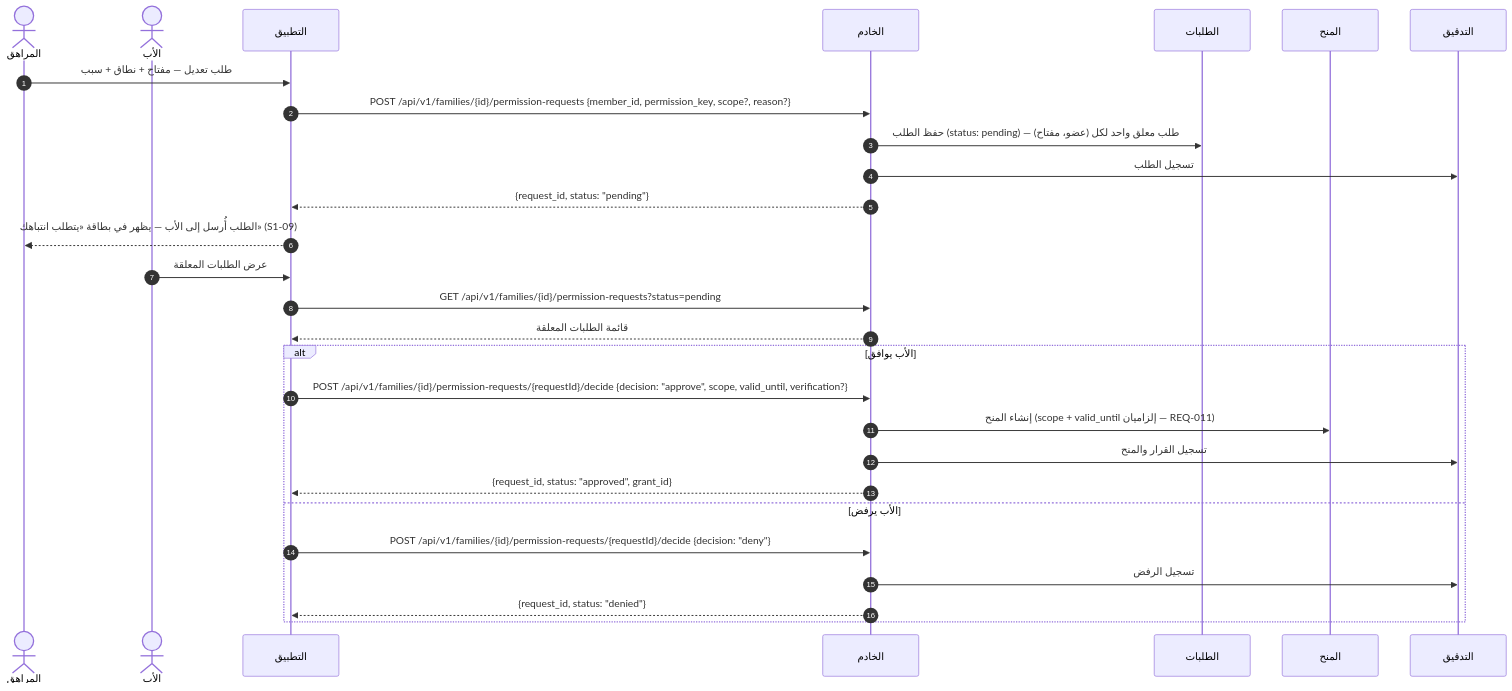
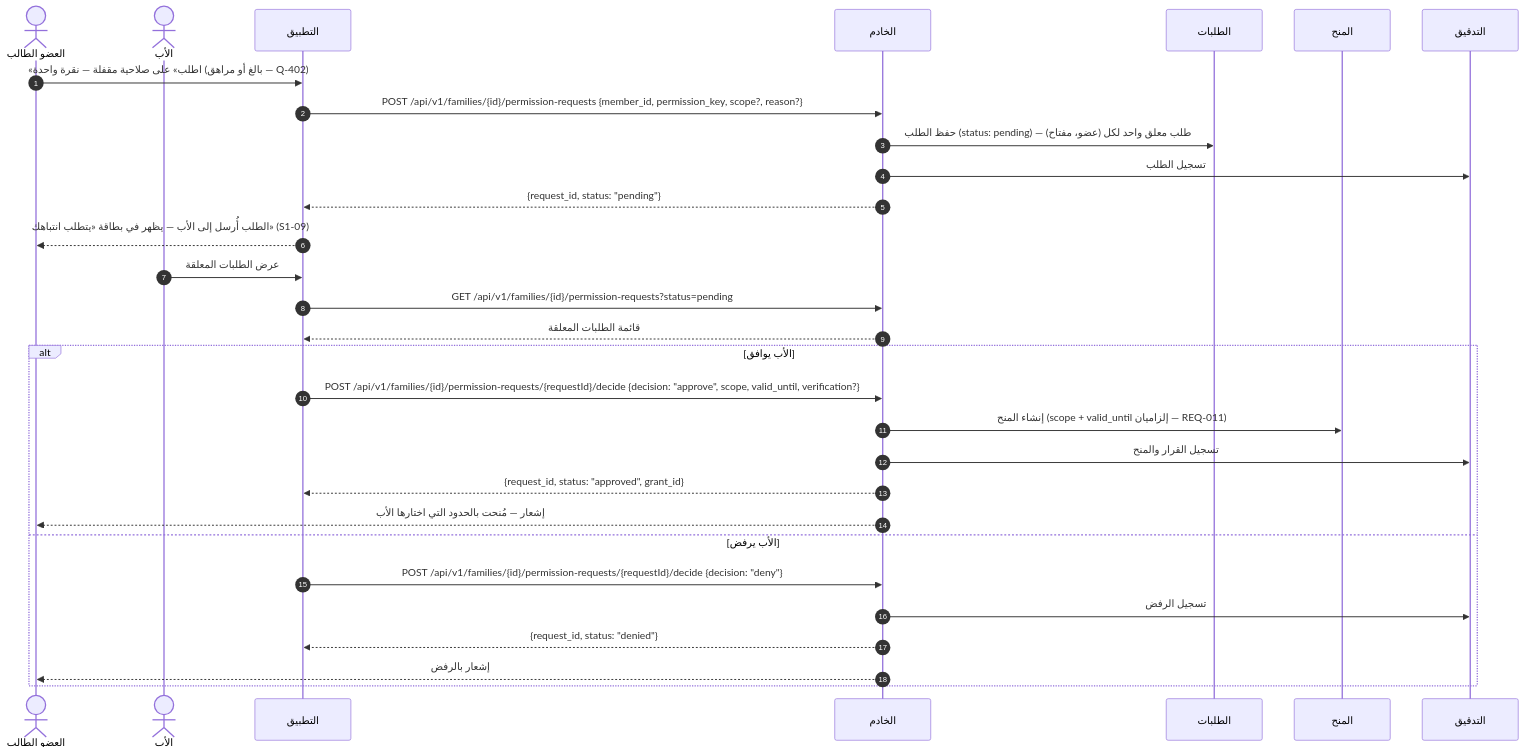
One commit to Bassam-mohammed-alqaeadi/family-os-v2 changed diagram 12 of 18 in docs/family-os/governance/phases/phase-1/S1-03-family-roles-and-permissions/DIAGRAMS.md. Above: the diagram before and after it, drawn with Mermaid. The commit also changed other lines of this file and 13 other files, not shown here.

````diff
--- a/docs/family-os/governance/phases/phase-1/S1-03-family-roles-and-permissions/DIAGRAMS.md
+++ b/docs/family-os/governance/phases/phase-1/S1-03-family-roles-and-permissions/DIAGRAMS.md
@@ -469,30 +561,32 @@
 ```mermaid
 sequenceDiagram
     autonumber
-    actor Teen as المراهق
+    actor Teen as العضو الطالب
     actor Father as الأب
     participant App as التطبيق
     participant Ktor as الخادم
     participant Requests as الطلبات
     participant Grants as المنح
     participant Audit as التدقيق
-    Teen->>App: طلب تعديل — مفتاح + نطاق + سبب
+    Teen->>App: «اطلب» على صلاحية مقفلة — نقرة واحدة (بالغ أو مراهق — Q-402)
     App->>Ktor: POST /api/v1/families/{id}/permission-requests {member_id, permission_key, scope?, reason?}
     Ktor->>Requests: حفظ الطلب (status: pending) — طلب معلق واحد لكل (عضو، مفتاح)
     Ktor->>Audit: تسجيل الطلب
     Ktor-->>App: {request_id, status: "pending"}
     App-->>Teen: الطلب أُرسل إلى الأب — يظهر في بطاقة «يتطلب انتباهك» (S1-09)
     Father->>App: عرض الطلبات المعلقة
     App->>Ktor: GET /api/v1/families/{id}/permission-requests?status=pending
     Ktor-->>App: قائمة الطلبات المعلقة
     alt الأب يوافق
         App->>Ktor: POST /api/v1/families/{id}/permission-requests/{requestId}/decide {decision: "approve", scope, valid_until, verification?}
         Ktor->>Grants: إنشاء المنح (scope + valid_until إلزاميان — REQ-011)
         Ktor->>Audit: تسجيل القرار والمنح
         Ktor-->>App: {request_id, status: "approved", grant_id}
+        Ktor-->>Teen: إشعار — مُنحت بالحدود التي اختارها الأب
     else الأب يرفض
         App->>Ktor: POST /api/v1/families/{id}/permission-requests/{requestId}/decide {decision: "deny"}
         Ktor->>Audit: تسجيل الرفض
         Ktor-->>App: {request_id, status: "denied"}
+        Ktor-->>Teen: إشعار بالرفض
     end
 ```
````
